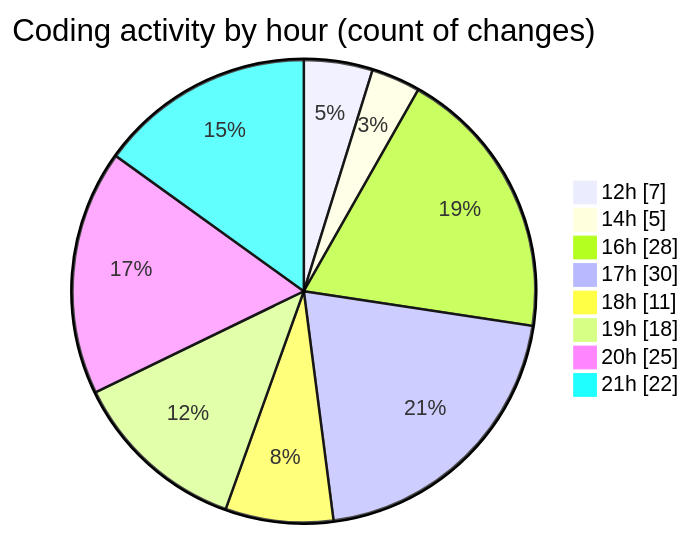
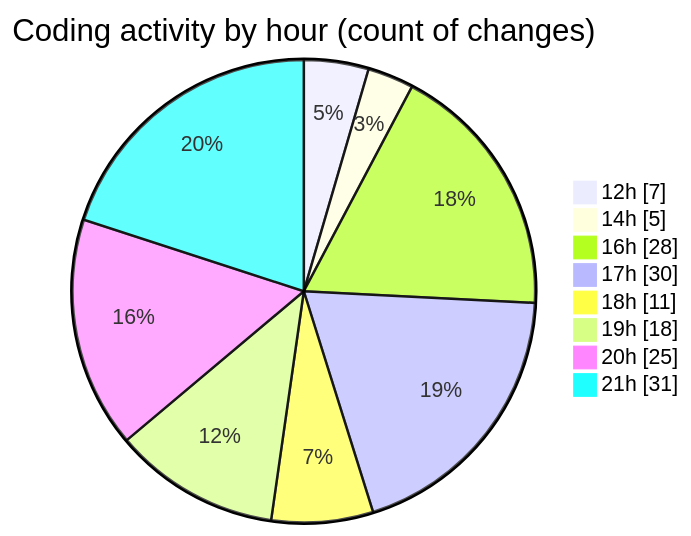
Before and after one commit to julien-gomy/code-tracking: the second of 2 diagrams in 2025-10-06/eventscop-frontend-guide__workspace_/README.md, drawn with Mermaid. The commit also changed other lines of this file and 1 other file, not shown here.

````diff
--- a/2025-10-06/eventscop-frontend-guide__workspace_/README.md
+++ b/2025-10-06/eventscop-frontend-guide__workspace_/README.md
@@ -69,12 +70,12 @@
 ```mermaid
 pie showData
 title Coding activity by hour (count of changes)
 "12h" : 7
 "14h" : 5
 "16h" : 28
 "17h" : 30
 "18h" : 11
 "19h" : 18
 "20h" : 25
-"21h" : 22
+"21h" : 31
 ```
````
